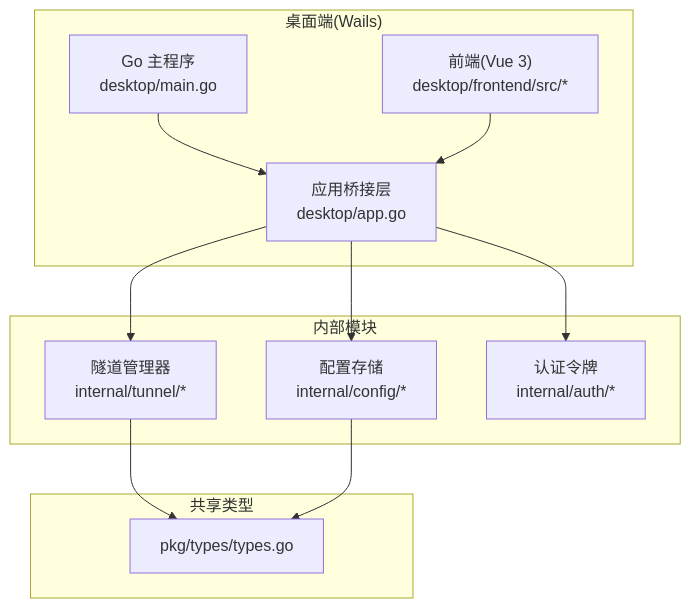
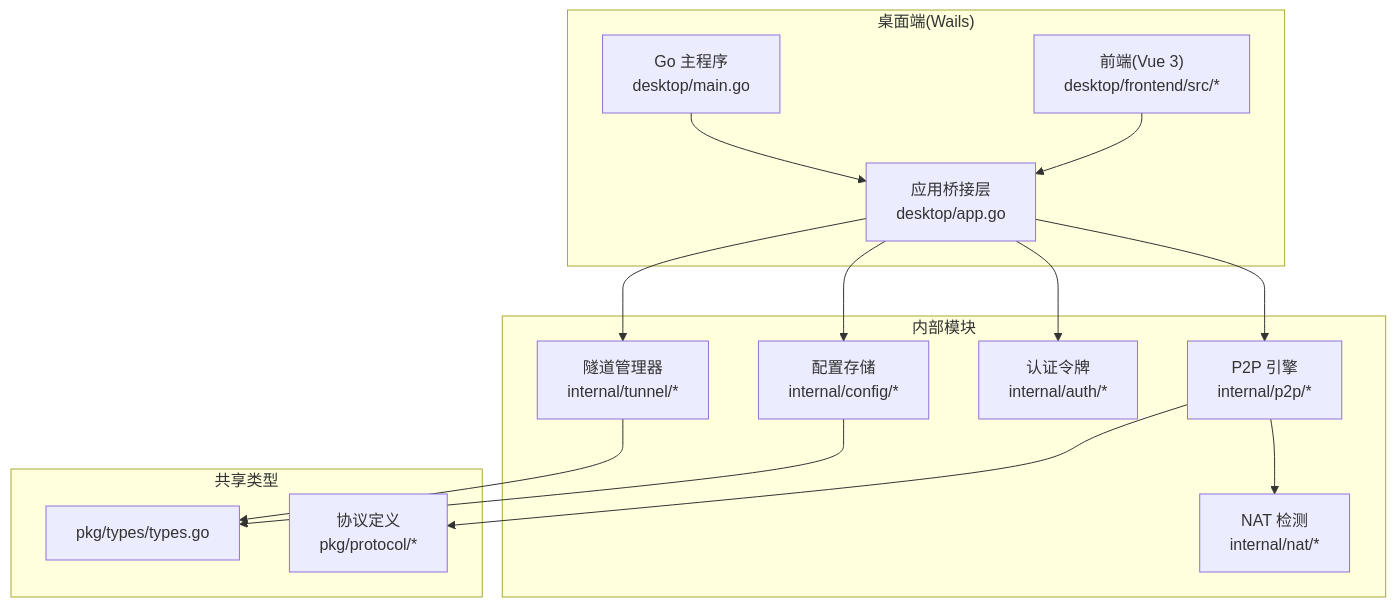
The first of 15 diagrams in .qoder/repowiki/zh/content/桌面端应用/桌面端应用.md (itsharex/NexTunnel), drawn with Mermaid before and after one commit. The commit also changed other lines of this file and 6 other files, not shown here.

First line of the commit message:
docs(progress): 更新项目进度，标记 Phase 2 完成并完善相关文档和视图

````diff
--- a/.qoder/repowiki/zh/content/桌面端应用/桌面端应用.md
+++ b/.qoder/repowiki/zh/content/桌面端应用/桌面端应用.md
@@ -40,23 +57,29 @@
 ```mermaid
 graph TB
 subgraph "桌面端(Wails)"
 A["Go 主程序<br/>desktop/main.go"]
 B["应用桥接层<br/>desktop/app.go"]
 C["前端(Vue 3)<br/>desktop/frontend/src/*"]
 end
 subgraph "内部模块"
 D["隧道管理器<br/>internal/tunnel/*"]
 E["配置存储<br/>internal/config/*"]
 F["认证令牌<br/>internal/auth/*"]
+G["P2P 引擎<br/>internal/p2p/*"]
+H["NAT 检测<br/>internal/nat/*"]
 end
 subgraph "共享类型"
-G["pkg/types/types.go"]
+I["pkg/types/types.go"]
+J["协议定义<br/>pkg/protocol/*"]
 end
 A --> B
 B --> D
 B --> E
 B --> F
+B --> G
 C --> B
-D --> G
-E --> G
+D --> I
+G --> J
+G --> H
+E --> I
 ```
````
